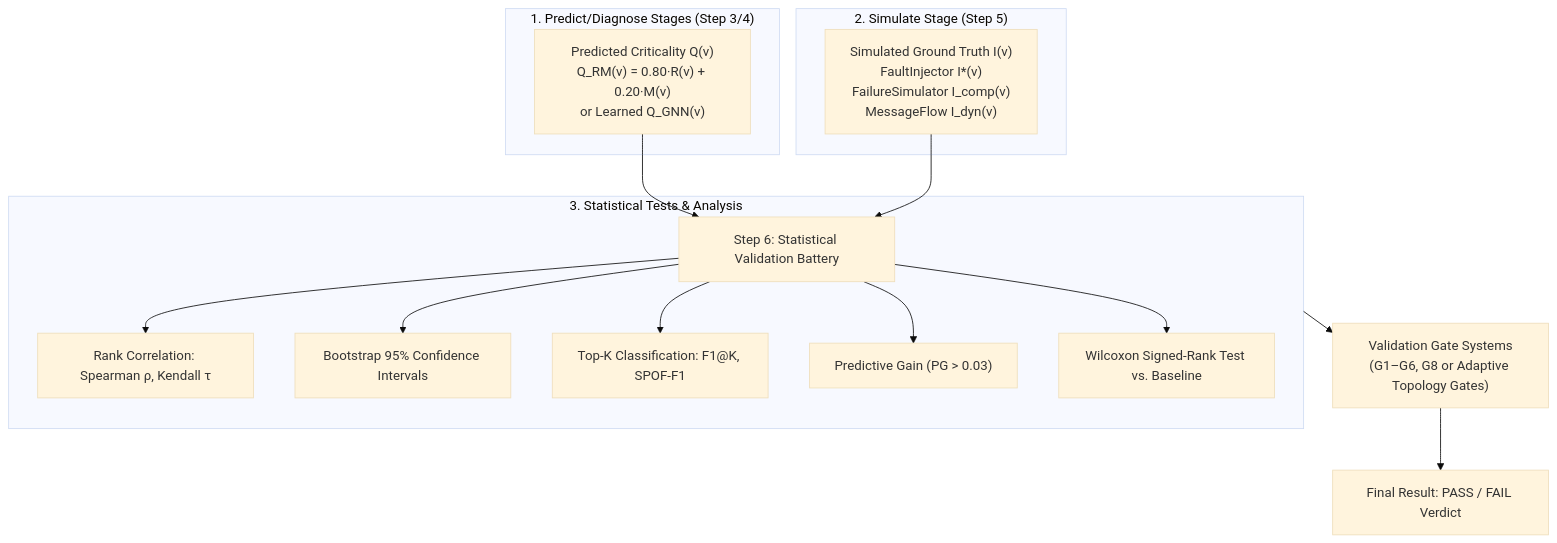
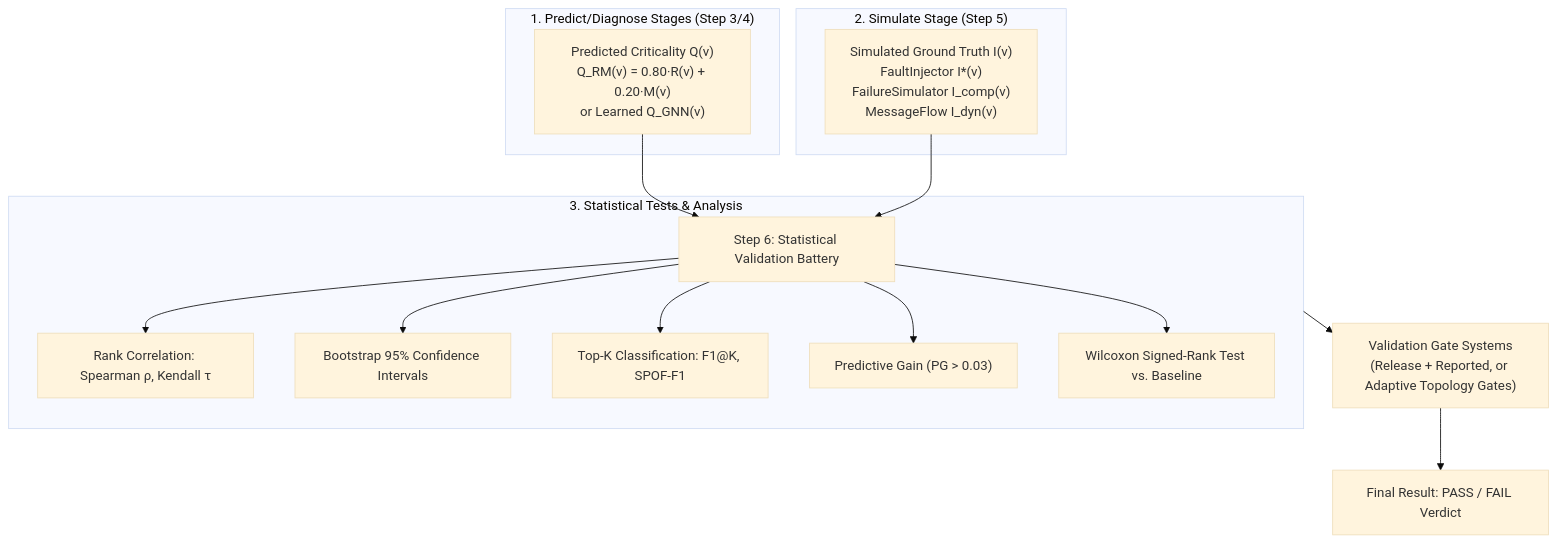
One commit to onuralpyigit/software-as-a-graph changed the first of 4 diagrams in docs/validation.md. Above: the diagram before and after it, drawn with Mermaid (base theme). The commit also changed other lines of this file and 47 other files, not shown here.

````diff
--- a/docs/validation.md
+++ b/docs/validation.md
@@ -44,24 +44,24 @@
 ```mermaid
 flowchart TD
     subgraph Prediction["1. Predict/Diagnose Stages (Step 3/4)"]
         Q["Predicted Criticality Q(v)<br>Q_RM(v) = 0.80·R(v) + 0.20·M(v)<br>or Learned Q_GNN(v)"]
     end
 
     subgraph Simulation["2. Simulate Stage (Step 5)"]
         I["Simulated Ground Truth I(v)<br>FaultInjector I*(v)<br>FailureSimulator I_comp(v)<br>MessageFlow I_dyn(v)"]
     end
 
     Q --> STAT["Step 6: Statistical Validation Battery"]
     I --> STAT
 
     subgraph Battery["3. Statistical Tests & Analysis"]
         STAT --> CORR["Rank Correlation: Spearman ρ, Kendall τ"]
         STAT --> CI["Bootstrap 95% Confidence Intervals"]
         STAT --> CLAS["Top-K Classification: F1@K, SPOF-F1"]
         STAT --> PG["Predictive Gain (PG > 0.03)"]
         STAT --> WX["Wilcoxon Signed-Rank Test vs. Baseline"]
     end
 
-    Battery --> GATES["Validation Gate Systems<br>(G1–G6, G8 or Adaptive Topology Gates)"]
+    Battery --> GATES["Validation Gate Systems<br>(Release + Reported, or Adaptive Topology Gates)"]
     GATES --> VERDICT["Final Result: PASS / FAIL Verdict"]
 ```
````
